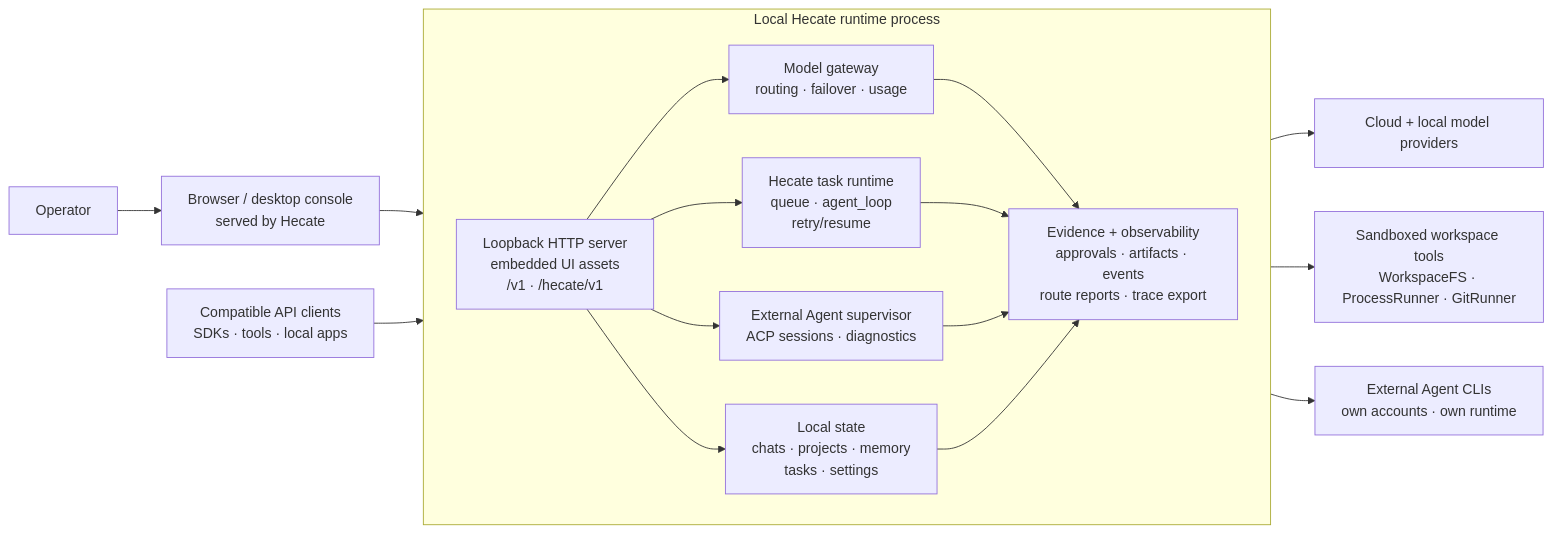
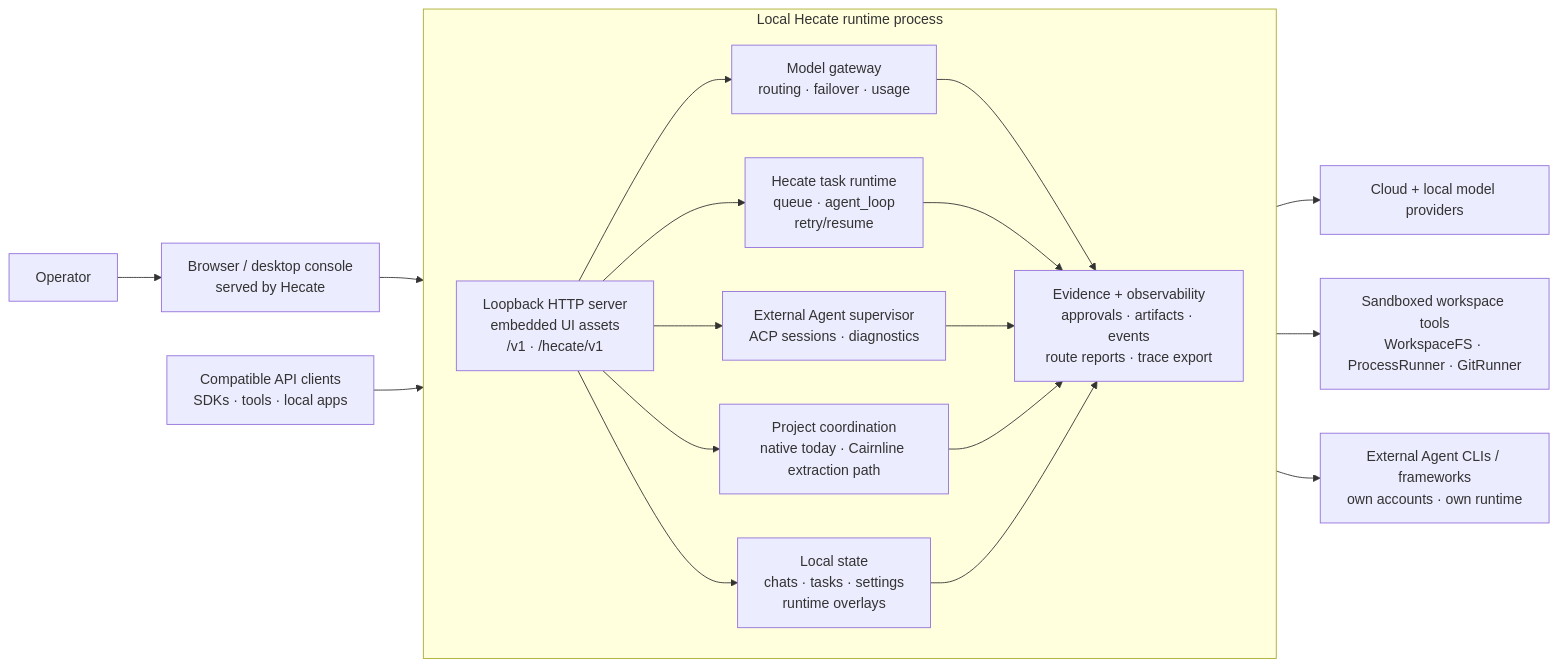
One commit to hecatehq/hecate changed the first of 2 diagrams in README.md. Above: the diagram before and after it, drawn with Mermaid. The commit also changed other lines of this file, not shown here.

Commit message:
docs(readme): clarify hecate agent operations positioning

````diff
--- a/README.md
+++ b/README.md
@@ -78,34 +111,37 @@
 ```mermaid
 flowchart LR
     Operator["Operator"] --> Console["Browser / desktop console<br/>served by Hecate"]
     APIClients["Compatible API clients<br/>SDKs · tools · local apps"]
 
     subgraph HecateProcess["Local Hecate runtime process"]
         direction LR
         HTTP["Loopback HTTP server<br/>embedded UI assets<br/>/v1 · /hecate/v1"]
         Gateway["Model gateway<br/>routing · failover · usage"]
         TaskRuntime["Hecate task runtime<br/>queue · agent_loop<br/>retry/resume"]
         AgentSupervisor["External Agent supervisor<br/>ACP sessions · diagnostics"]
-        State["Local state<br/>chats · projects · memory<br/>tasks · settings"]
+        State["Local state<br/>chats · tasks · settings<br/>runtime overlays"]
+        Projects["Project coordination<br/>native today · Cairnline extraction path"]
         Evidence["Evidence + observability<br/>approvals · artifacts · events<br/>route reports · trace export"]
 
         HTTP --> Gateway
         HTTP --> TaskRuntime
         HTTP --> AgentSupervisor
         HTTP --> State
+        HTTP --> Projects
         Gateway --> Evidence
         TaskRuntime --> Evidence
         AgentSupervisor --> Evidence
+        Projects --> Evidence
         State --> Evidence
     end
 
     Providers["Cloud + local model providers"]
     Tools["Sandboxed workspace tools<br/>WorkspaceFS · ProcessRunner · GitRunner"]
-    ExternalCLIs["External Agent CLIs<br/>own accounts · own runtime"]
+    ExternalCLIs["External Agent CLIs / frameworks<br/>own accounts · own runtime"]
 
     Console --> HTTP
     APIClients --> HTTP
     Gateway --> Providers
     TaskRuntime --> Tools
     AgentSupervisor --> ExternalCLIs
 ```
````
